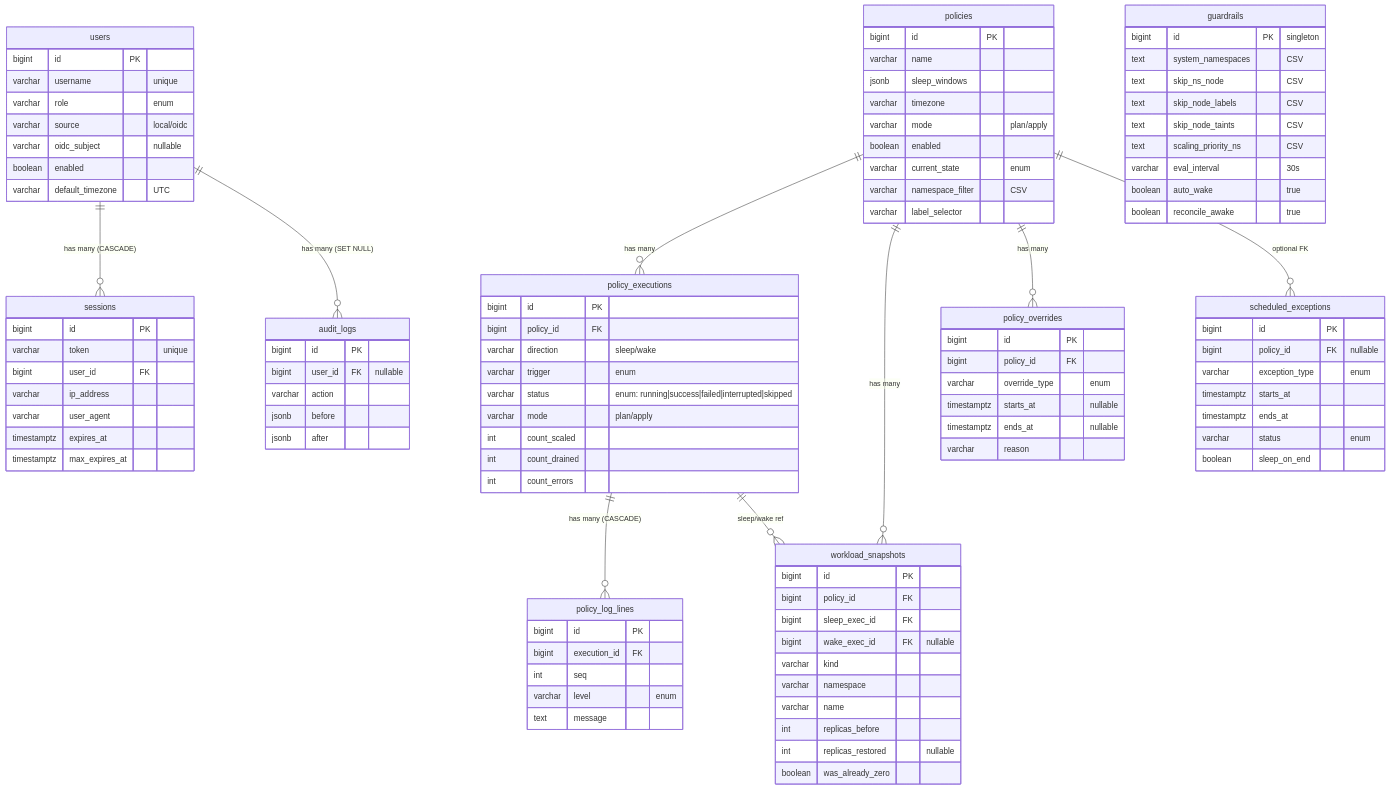
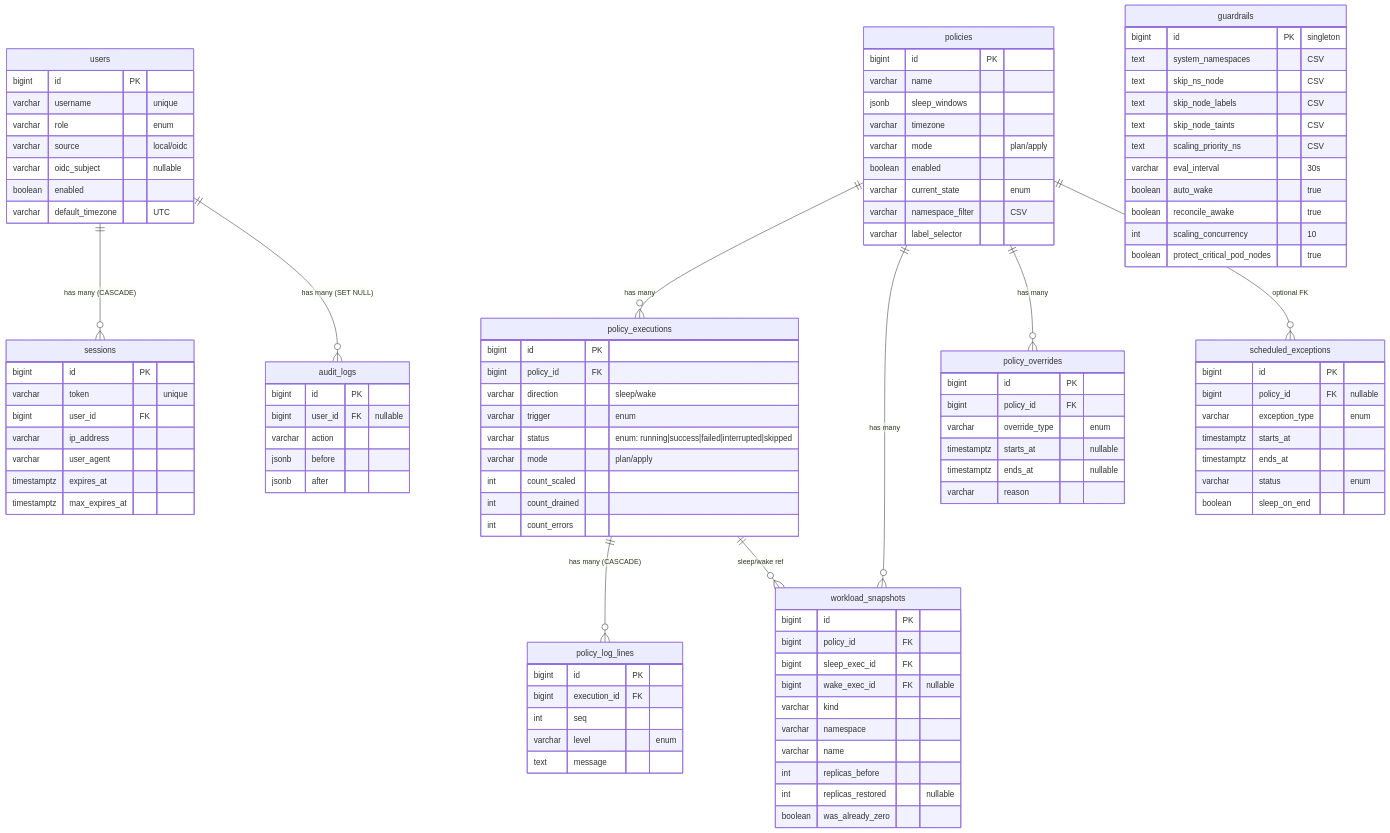
One commit to MacXsimilian/kube-phoenix changed the second of 2 diagrams in ARCHITECTURE.md. Above: the diagram before and after it, drawn with Mermaid. The commit also changed other lines of this file and 5 other files, not shown here.

```diff
--- a/ARCHITECTURE.md
+++ b/ARCHITECTURE.md
@@ -259,6 +260,8 @@
         varchar eval_interval "30s"
         boolean auto_wake "true"
         boolean reconcile_awake "true"
+        int scaling_concurrency "10"
+        boolean protect_critical_pod_nodes "true"
     }
 
     users {
```
